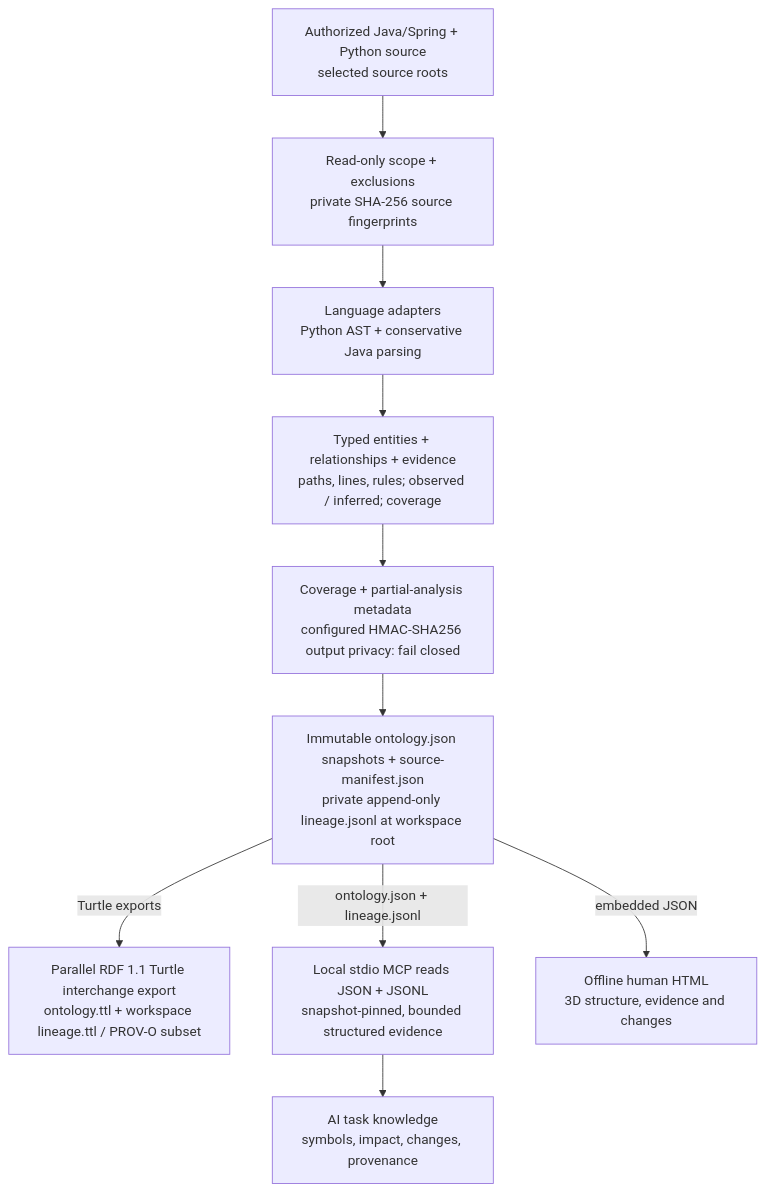
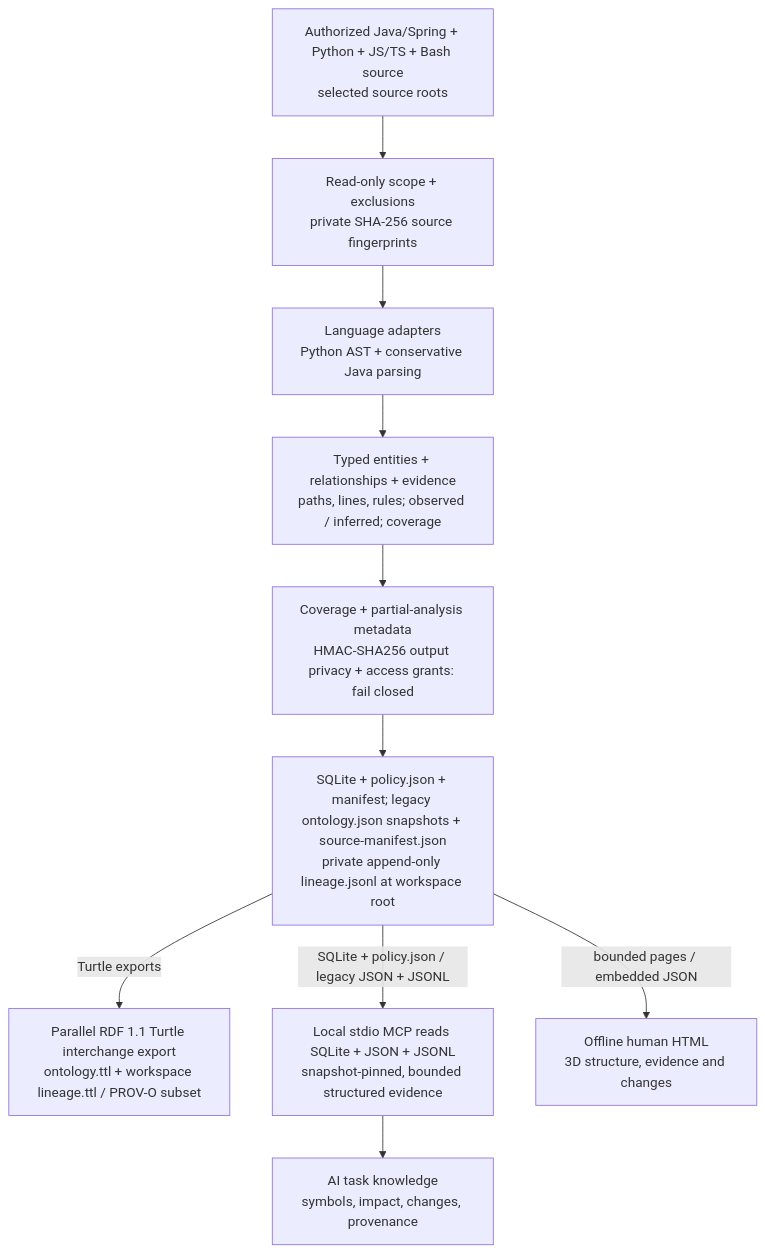
The diagram in README.md (battle-doll/code-ontology-companion), drawn with Mermaid before and after one commit. The commit also changed other lines of this file and 150 other files, not shown here.

Commit message:
Implement 0.9.0 bounded ontology pipeline and knowledge access controls

````diff
--- a/README.md
+++ b/README.md
@@ -23,22 +26,22 @@
 ```mermaid
 flowchart TB
-    source["Authorized Java/Spring + Python source<br/>selected source roots"]
+    source["Authorized Java/Spring + Python + JS/TS + Bash source<br/>selected source roots"]
     scope["Read-only scope + exclusions<br/>private SHA-256 source fingerprints"]
     adapters["Language adapters<br/>Python AST + conservative Java parsing"]
     evidence["Typed entities + relationships + evidence<br/>paths, lines, rules; observed / inferred; coverage"]
-    gate["Coverage + partial-analysis metadata<br/>configured HMAC-SHA256 output privacy: fail closed"]
-    snapshot["Immutable ontology.json snapshots + source-manifest.json<br/>private append-only lineage.jsonl at workspace root"]
+    gate["Coverage + partial-analysis metadata<br/>HMAC-SHA256 output privacy + access grants: fail closed"]
+    snapshot["SQLite + policy.json + manifest; legacy ontology.json snapshots + source-manifest.json<br/>private append-only lineage.jsonl at workspace root"]
     rdf["Parallel RDF 1.1 Turtle interchange export<br/>ontology.ttl + workspace lineage.ttl / PROV-O subset"]
-    mcp["Local stdio MCP reads JSON + JSONL<br/>snapshot-pinned, bounded structured evidence"]
+    mcp["Local stdio MCP reads SQLite + JSON + JSONL<br/>snapshot-pinned, bounded structured evidence"]
     ai["AI task knowledge<br/>symbols, impact, changes, provenance"]
     human["Offline human HTML<br/>3D structure, evidence and changes"]
     source --> scope
     scope --> adapters
     adapters --> evidence
     evidence --> gate
     gate --> snapshot
     snapshot -->|Turtle exports| rdf
-    snapshot -->|ontology.json + lineage.jsonl| mcp
+    snapshot -->|SQLite + policy.json / legacy JSON + JSONL| mcp
     mcp --> ai
-    snapshot -->|embedded JSON| human
+    snapshot -->|bounded pages / embedded JSON| human
 ```
````
